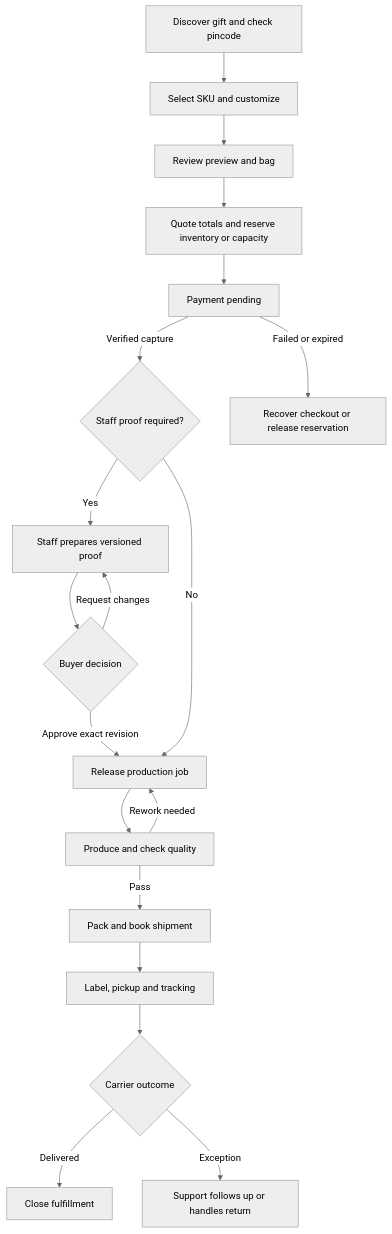
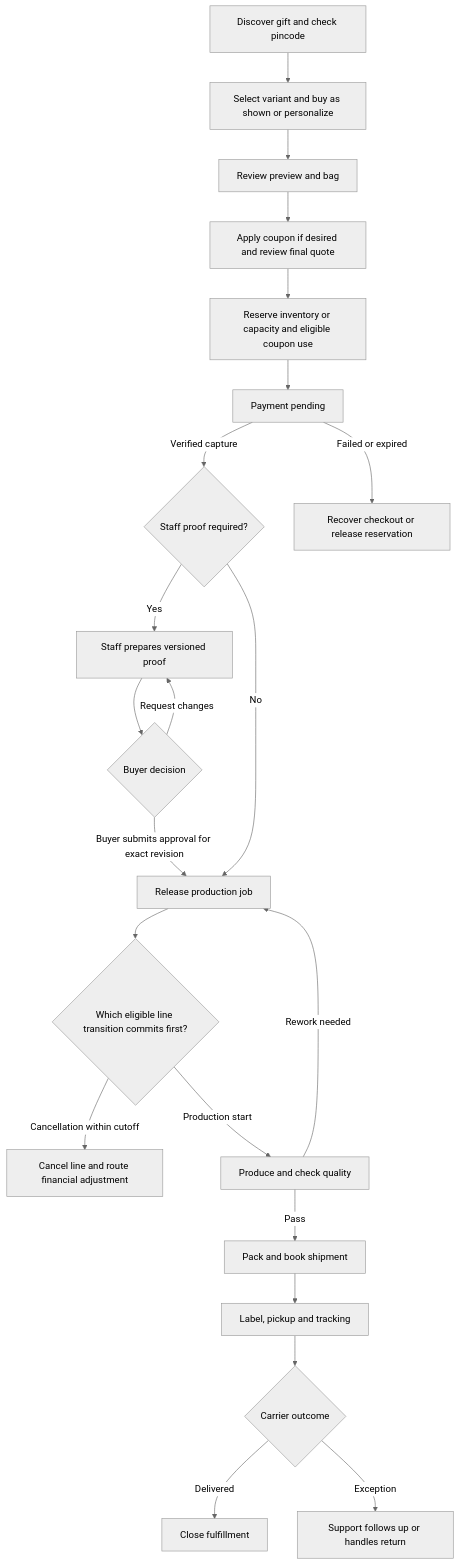
One commit to Vikhyath-thelazycoder/aura-11-11 changed the diagram in docs/systemflow.md. Above: the diagram before and after it, drawn with Mermaid (neutral theme). The commit also changed other lines of this file and 155 other files, not shown here.

````diff
--- a/docs/systemflow.md
+++ b/docs/systemflow.md
@@ -12,21 +12,24 @@
 ```mermaid
 flowchart TD
-    A[Discover gift and check pincode] --> B[Select SKU and customize]
+    A[Discover gift and check pincode] --> B[Select variant and buy as shown or personalize]
     B --> C[Review preview and bag]
-    C --> D[Quote totals and reserve inventory or capacity]
+    C --> U[Apply coupon if desired and review final quote]
+    U --> D[Reserve inventory or capacity and eligible coupon use]
     D --> E[Payment pending]
     E -->|Verified capture| F{Staff proof required?}
     E -->|Failed or expired| X[Recover checkout or release reservation]
     F -->|Yes| G[Staff prepares versioned proof]
     G --> H{Buyer decision}
     H -->|Request changes| G
-    H -->|Approve exact revision| I[Release production job]
+    H -->|Buyer submits approval for exact revision| I[Release production job]
     F -->|No| I
-    I --> J[Produce and check quality]
+    I --> S{Which eligible line transition commits first?}
+    S -->|Cancellation within cutoff| Canceled[Cancel line and route financial adjustment]
+    S -->|Production start| J[Produce and check quality]
     J -->|Rework needed| I
     J -->|Pass| K[Pack and book shipment]
     K --> L[Label, pickup and tracking]
     L --> M{Carrier outcome}
     M -->|Delivered| N[Close fulfillment]
     M -->|Exception| O[Support follows up or handles return]
 ```
````
